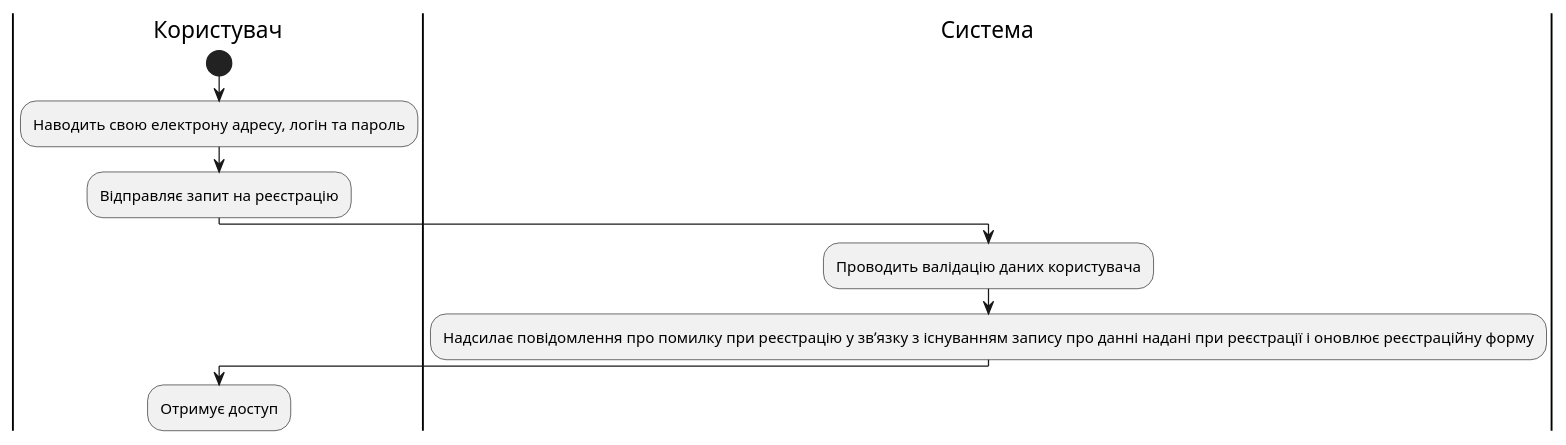
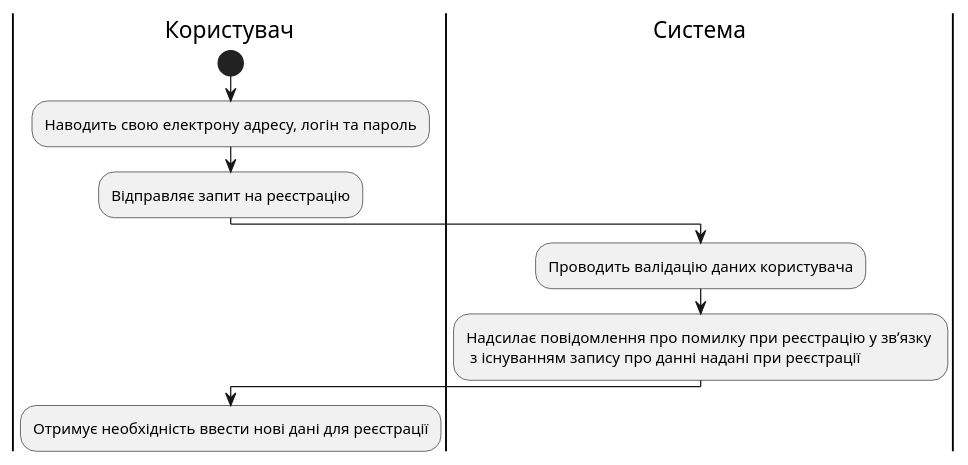
The third of 16 diagrams in docs/use cases/README.md (ukioxz/media-content-analyzing-system), drawn with PlantUML before and after one commit. The commit also changed other lines of this file and 2 other files, not shown here.

```diff
--- a/docs/use cases/README.md
+++ b/docs/use cases/README.md
@@ -118,22 +110,21 @@
 @startuml
 
 |Користувач|
 
 start
 
 :Наводить свою електрону адресу, логін та пароль;
 
 :Відправляє запит на реєстрацію;
 
 |#AntiqueWhite|Система
 
 :Проводить валідацію даних користувача;
 
-:Надсилає повідомлення про помилку при реєстрацію у звʼязку з існуванням запису про данні надані при реєстрації і оновлює реєстраційну форму;
+:Надсилає повідомлення про помилку при реєстрацію у звʼязку \n з існуванням запису про данні надані при реєстрації;
 
 |Користувач|
 
-:Отримує доступ;
-
+:Отримує необхідність ввести нові дані для реєстрації;
 
 @enduml
```
